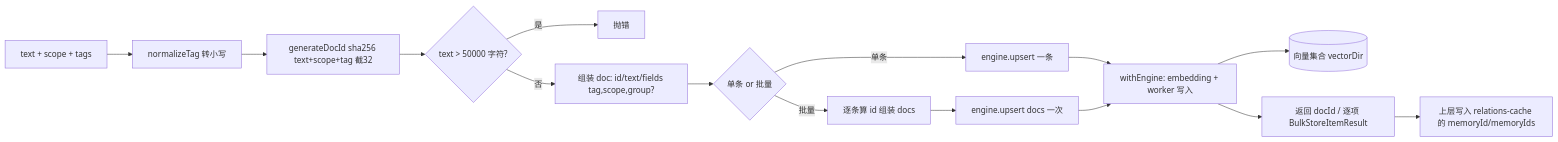
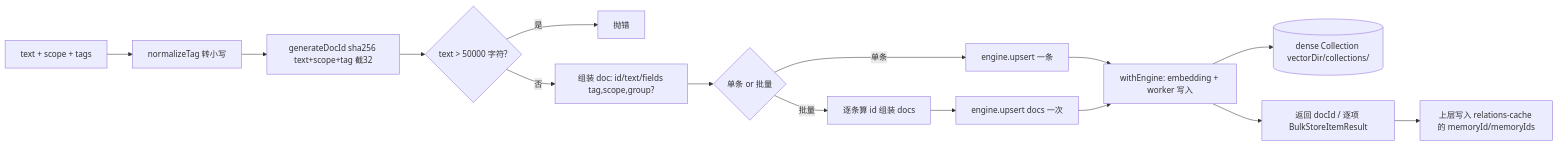
The third of 7 diagrams in kisearch/module-experts/检索与向量客户端专家/implementation/03-数据流转.md (HACK-WU/CodeWikiHub), drawn with Mermaid before and after one commit. The commit also changed other lines of this file and 44 other files, not shown here.

````diff
--- a/kisearch/module-experts/检索与向量客户端专家/implementation/03-数据流转.md
+++ b/kisearch/module-experts/检索与向量客户端专家/implementation/03-数据流转.md
@@ -98,17 +98,17 @@
 ```mermaid
 flowchart LR
     A[text + scope + tags] --> B[normalizeTag 转小写]
     B --> C[generateDocId sha256 text+scope+tag 截32]
     C --> D{text > 50000 字符?}
     D -- 是 --> D1[抛错]
     D -- 否 --> E[组装 doc: id/text/fields tag,scope,group?]
     E --> F{单条 or 批量}
     F -- 单条 --> G[engine.upsert 一条]
     F -- 批量 --> H[逐条算 id 组装 docs]
     H --> I[engine.upsert docs 一次]
     G --> J[withEngine: embedding + worker 写入]
     I --> J
-    J --> K[(向量集合 vectorDir)]
+    J --> K[(dense Collection vectorDir/collections/<scope>)]
     J --> L[返回 docId / 逐项 BulkStoreItemResult]
     L --> M[上层写入 relations-cache 的 memoryId/memoryIds]
 ```
````
